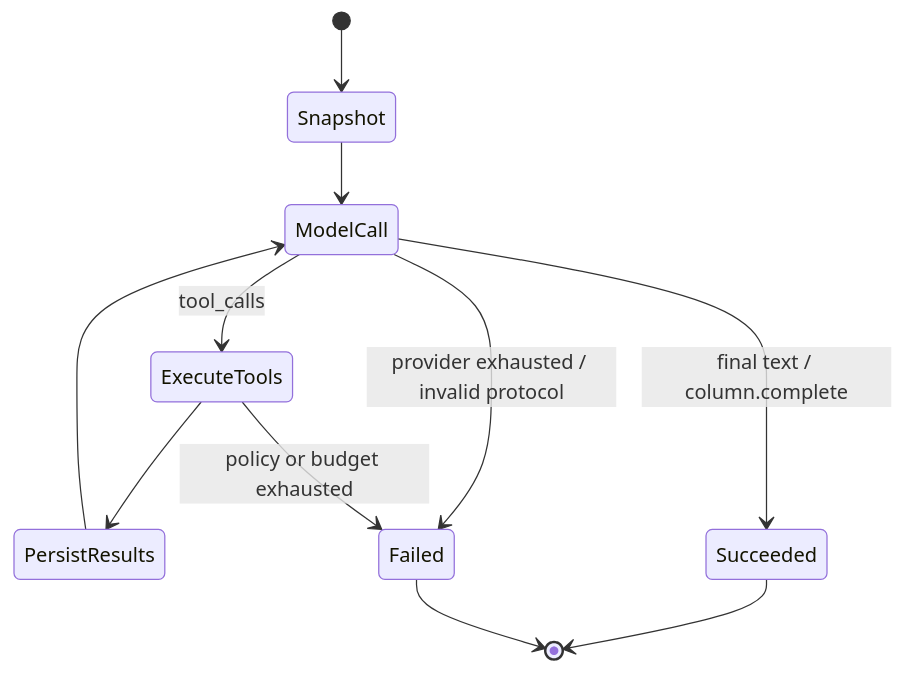
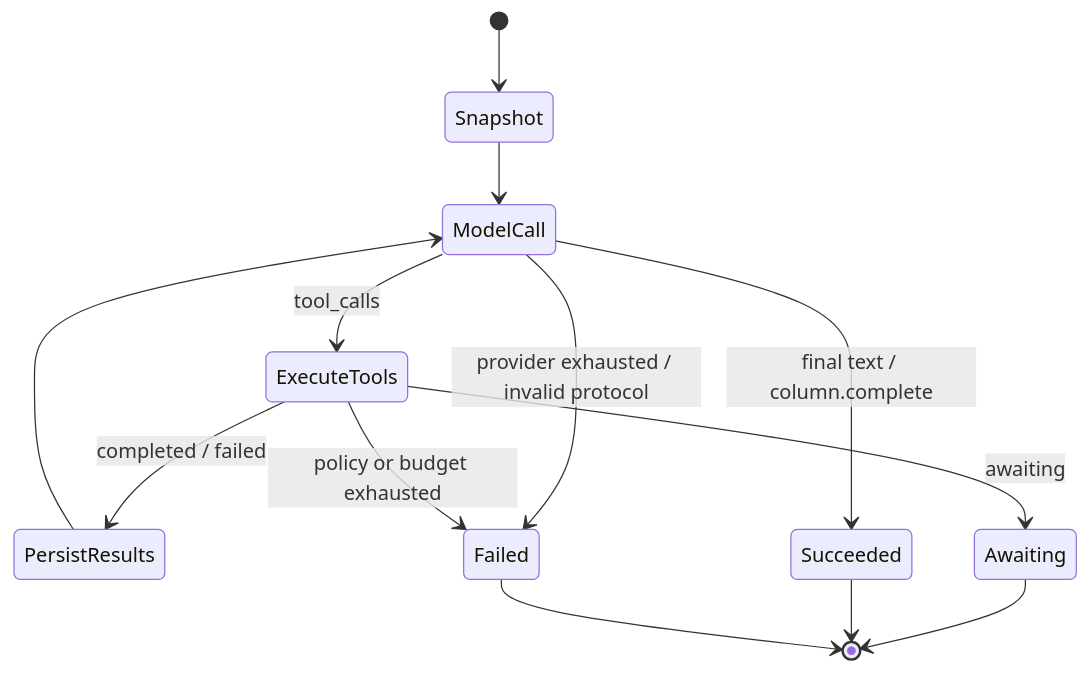
One commit to zanghongtu2006/DevWerk changed the second of 2 diagrams in DevWerk/docs/generic-conversation-agent-and-declarative-column-runtime.md. Above: the diagram before and after it, drawn with Mermaid. The commit also changed other lines of this file and 2 other files, not shown here.

````diff
--- a/DevWerk/docs/generic-conversation-agent-and-declarative-column-runtime.md
+++ b/DevWerk/docs/generic-conversation-agent-and-declarative-column-runtime.md
@@ -169,13 +182,15 @@
 ```mermaid
 stateDiagram-v2
     [*] --> Snapshot
     Snapshot --> ModelCall
     ModelCall --> ExecuteTools: tool_calls
-    ExecuteTools --> PersistResults
+    ExecuteTools --> PersistResults: completed / failed
+    ExecuteTools --> Awaiting: awaiting
     PersistResults --> ModelCall
+    Awaiting --> [*]
     ModelCall --> Succeeded: final text / column.complete
     ModelCall --> Failed: provider exhausted / invalid protocol
     ExecuteTools --> Failed: policy or budget exhausted
     Succeeded --> [*]
     Failed --> [*]
 ```
````
